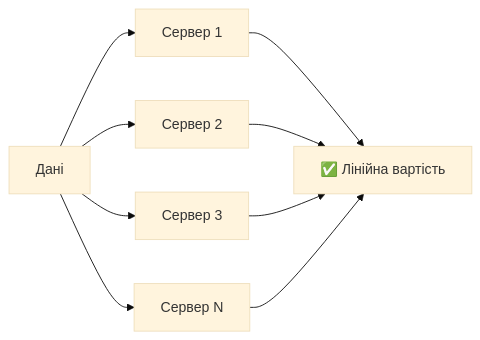
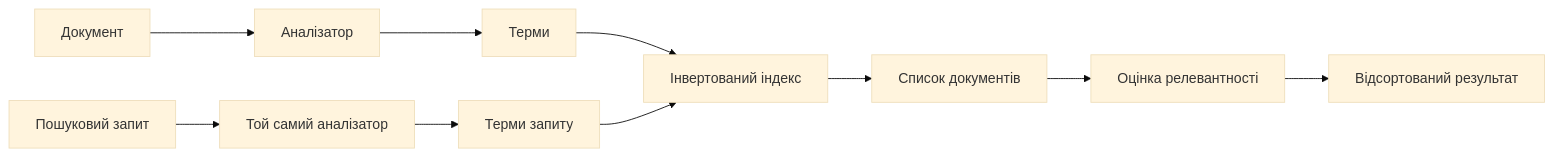
Before and after one commit to olroi421/course-bd: the first of 3 diagrams in presentations/presentation-11.md, drawn with Mermaid (base theme). The commit also changed other lines of this file and 10 other files, not shown here.

````diff
--- a/presentations/presentation-11.md
+++ b/presentations/presentation-11.md
@@ -72,12 +52,12 @@
 ```mermaid
 graph LR
-    A[Дані] --> B[Сервер 1]
-    A --> C[Сервер 2]
-    A --> D[Сервер 3]
-    A --> E[Сервер N]
-
-    B --> F[✅ Лінійна вартість]
-    C --> F
-    D --> F
-    E --> F
+    A["Документ"] --> B["Аналізатор"]
+    B --> C["Терми"]
+    C --> D["Інвертований індекс"]
+    E["Пошуковий запит"] --> F["Той самий аналізатор"]
+    F --> G["Терми запиту"]
+    G --> D
+    D --> H["Список документів"]
+    H --> I["Оцінка релевантності"]
+    I --> J["Відсортований результат"]
 ```
````
